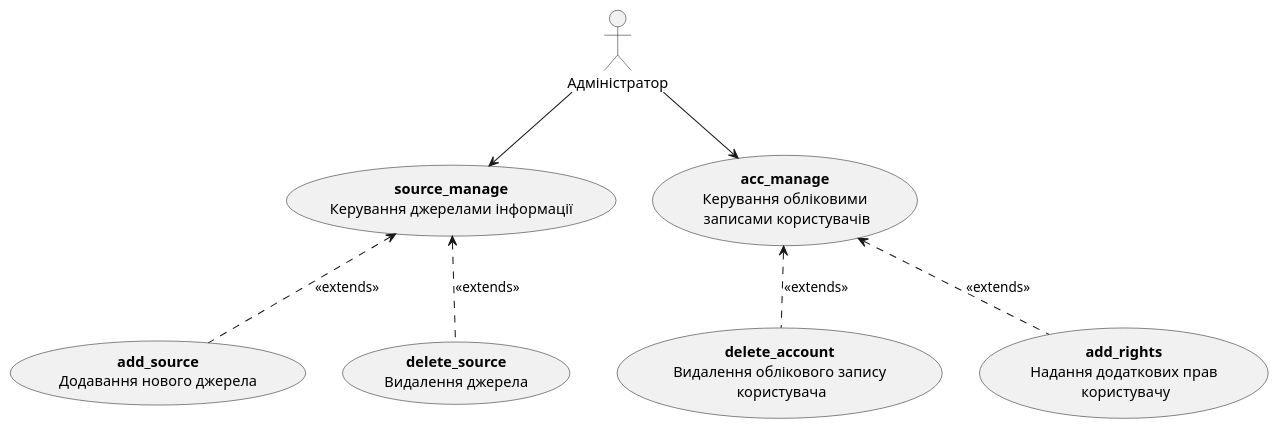
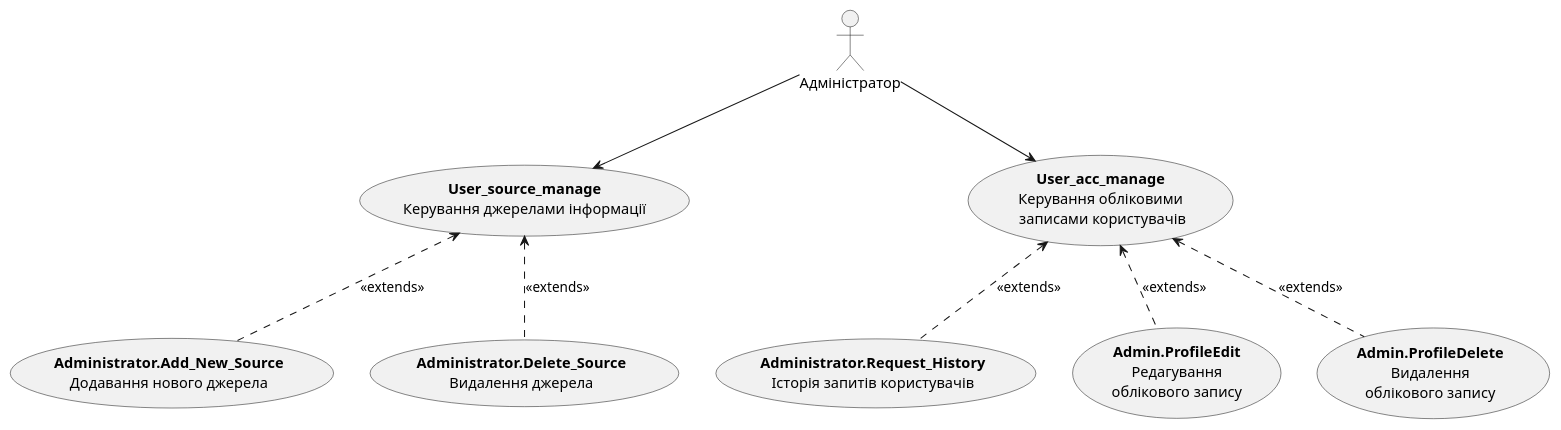
One commit to nonGratis/retarder-io-23-3 changed the third of 11 diagrams in docs/use cases/README.md. Above: the diagram before and after it, drawn with PlantUML.

Commit message:
refactor Admin UML

````diff
--- a/docs/use cases/README.md
+++ b/docs/use cases/README.md
@@ -97,23 +97,25 @@
 ```plantuml
 @startuml
 
 actor "Адміністратор" as Admin
 
-usecase "<b>acc_manage</b>\nКерування обліковими\n записами користувачів" as ManageAccount 
-usecase "<b>source_manage</b>\nКерування джерелами інформації" as ManageSource 
+usecase "<b>User_acc_manage</b>\nКерування обліковими\n записами користувачів" as ManageAccount 
+usecase "<b>User_source_manage</b>\nКерування джерелами інформації" as ManageSource 
 
-usecase "<b>delete_account</b>\nВидалення облікового запису\n користувача" as DeleteAccount
-usecase "<b>add_source</b>\nДодавання нового джерела" as AddSource
-usecase "<b>add_rights</b>\nНадання додаткових прав\n користувачу" as GrantPermissions
-usecase "<b>delete_source</b>\nВидалення джерела" as DeleteSource
+usecase "<b>Administrator.Add_New_Source</b>\nДодавання нового джерела" as Administrator.Add_New_Source
+usecase "<b>Administrator.Delete_Source</b>\nВидалення джерела" as Administrator.Delete_Source
+usecase "<b>Administrator.Request_History</b>\nІсторія запитів користувачів" as Administrator.Request_History
+usecase "<b>Admin.ProfileEdit</b>\nРедагування\nоблікового запису" as Admin.ProfileEdit
+usecase "<b>Admin.ProfileDelete</b>\nВидалення\nоблікового запису" as Admin.ProfileDelete
 
 Admin --> ManageAccount
-DeleteAccount .u.> ManageAccount: <<extends>>
-GrantPermissions .u.> ManageAccount: <<extends>>
+Administrator.Request_History .u.> ManageAccount: <<extends>>
+Admin.ProfileEdit .u.> ManageAccount: <<extends>>
+Admin.ProfileDelete .u.> ManageAccount: <<extends>>
 
 Admin --> ManageSource
-AddSource .u.> ManageSource: <<extends>>
-DeleteSource .u.> ManageSource: <<extends>>
+Administrator.Add_New_Source .u.> ManageSource: <<extends>>
+Administrator.Delete_Source .u.> ManageSource: <<extends>>
 
 @enduml
 ```
````
